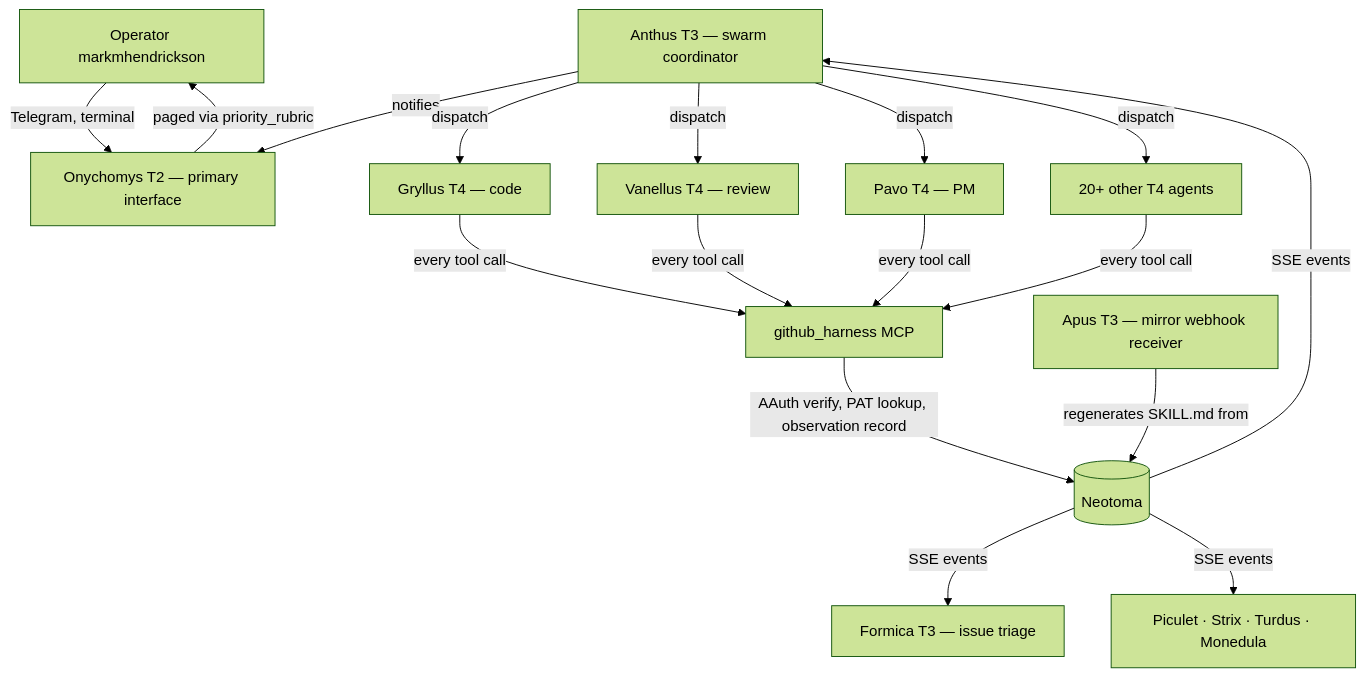
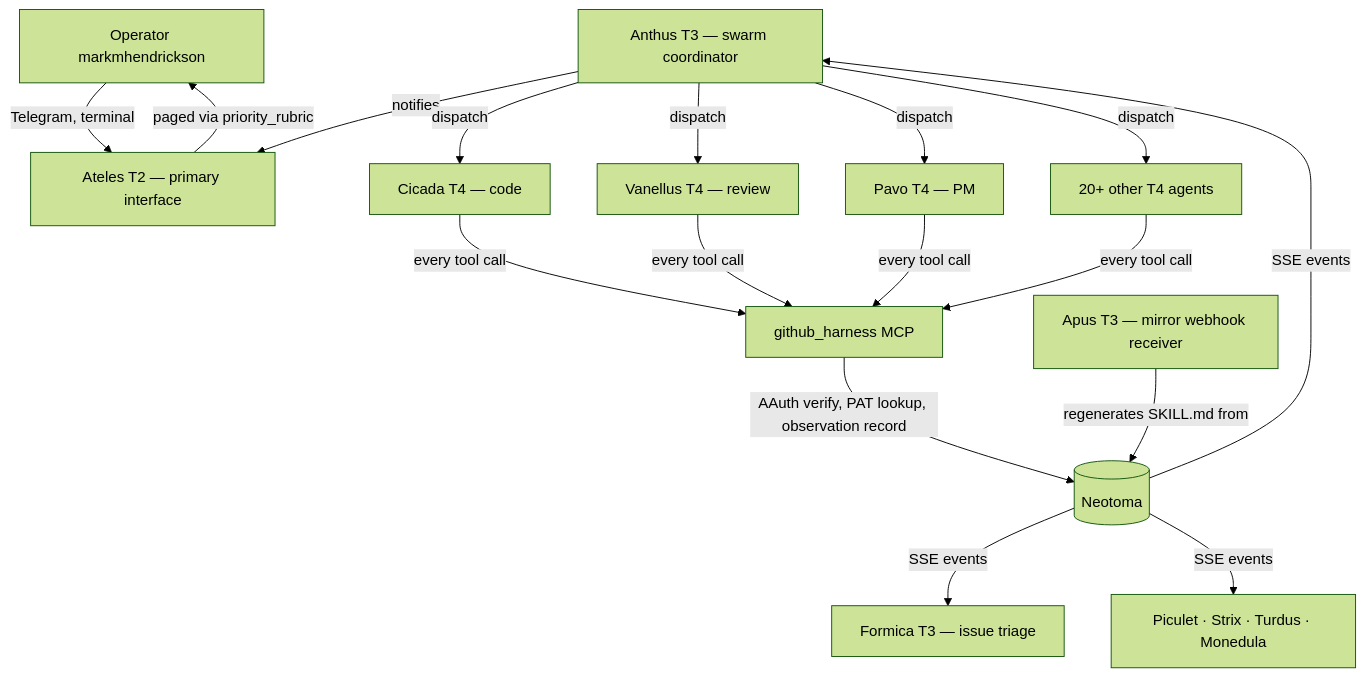
The diagram in README.md (markmhendrickson/ateles), drawn with Mermaid (forest theme) before and after one commit. The commit also changed other lines of this file and 39 other files, not shown here.

````diff
--- a/README.md
+++ b/README.md
@@ -33,16 +33,16 @@
 ```mermaid
 graph TB
-  Operator[Operator markmhendrickson] -->|Telegram, terminal| Onychomys
-  Onychomys[Onychomys T2 — primary interface] -->|paged via priority_rubric| Operator
-  Anthus[Anthus T3 — swarm coordinator] -->|notifies| Onychomys
-  Anthus -->|dispatch| Gryllus[Gryllus T4 — code]
+  Operator[Operator markmhendrickson] -->|Telegram, terminal| Ateles
+  Ateles[Ateles T2 — primary interface] -->|paged via priority_rubric| Operator
+  Anthus[Anthus T3 — swarm coordinator] -->|notifies| Ateles
+  Anthus -->|dispatch| Cicada[Cicada T4 — code]
   Anthus -->|dispatch| Vanellus[Vanellus T4 — review]
   Anthus -->|dispatch| Pavo[Pavo T4 — PM]
   Anthus -->|dispatch| Others[20+ other T4 agents]
-  Gryllus & Vanellus & Pavo & Others -->|every tool call| Harness[github_harness MCP]
+  Cicada & Vanellus & Pavo & Others -->|every tool call| Harness[github_harness MCP]
   Harness -->|AAuth verify, PAT lookup, observation record| Neotoma[(Neotoma)]
   Apus[Apus T3 — mirror webhook receiver] -->|regenerates SKILL.md from| Neotoma
   Neotoma -->|SSE events| Anthus
   Neotoma -->|SSE events| Formica[Formica T3 — issue triage]
   Neotoma -->|SSE events| Other_Daemons[Piculet · Strix · Turdus · Monedula]
 ```
````
